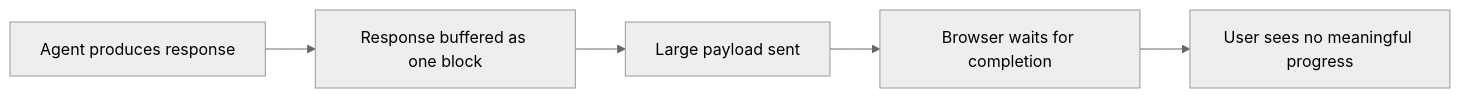
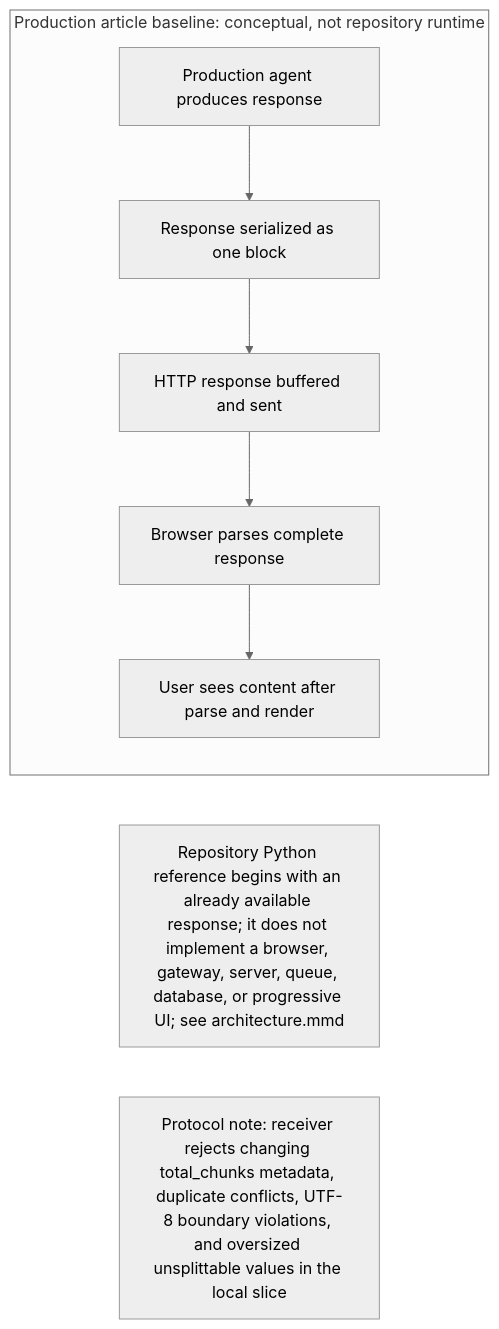
One commit to Hrithikesh-Computer/production-agentic-ai changed the diagram in diagrams/adaptive-response-delivery/current-flow.mmd. Above: the diagram before and after it, drawn with Mermaid (neutral theme). The commit also changed 32 other files, not shown here.

First line of the commit message:
Expand research content and adaptive response reference implementation

```diff
--- a/diagrams/adaptive-response-delivery/current-flow.mmd
+++ b/diagrams/adaptive-response-delivery/current-flow.mmd
@@ -1,5 +1,10 @@
 flowchart LR
-    A[Agent produces response] --> B[Response buffered as one block]
-    B --> C[Large payload sent]
-    C --> D[Browser waits for completion]
-    D --> E[User sees no meaningful progress]
+    subgraph ArticleBaseline[Production article baseline: conceptual, not repository runtime]
+        A[Production agent produces response] --> B[Response serialized as one block]
+        B --> C[HTTP response buffered and sent]
+        C --> D[Browser parses complete response]
+        D --> E[User sees content after parse and render]
+    end
+
+    F[Repository Python reference begins with an already available response; it does not implement a browser, gateway, server, queue, database, or progressive UI; see architecture.mmd]
+    G[Protocol note: receiver rejects changing total_chunks metadata, duplicate conflicts, UTF-8 boundary violations, and oversized unsplittable values in the local slice]
```
